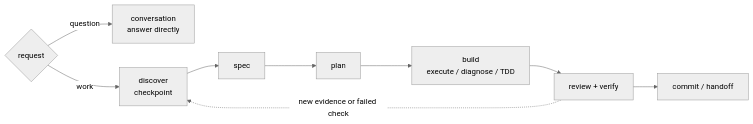
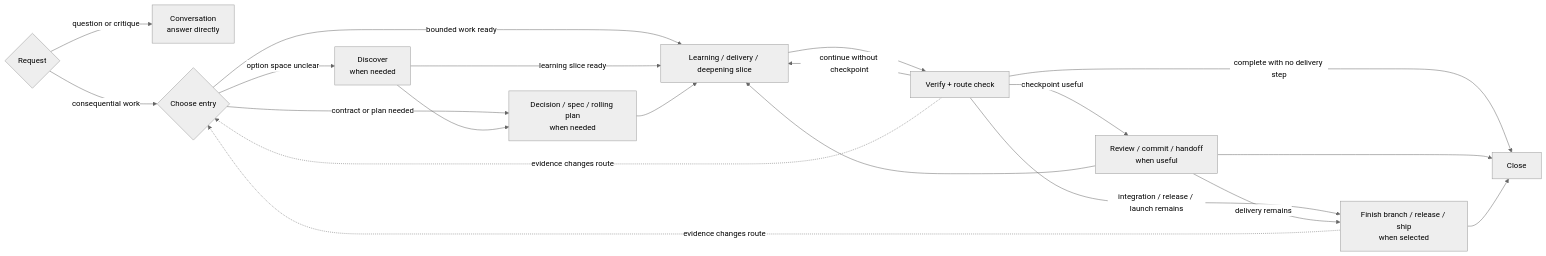
Before and after one commit to hassan-mohiddin/freeflow: the first of 2 diagrams in skills/workflow/references/workflow-map.md, drawn with Mermaid (neutral theme). The commit also changed other lines of this file and 89 other files, not shown here.

````diff
--- a/skills/workflow/references/workflow-map.md
+++ b/skills/workflow/references/workflow-map.md
@@ -11,16 +9,33 @@
 ```mermaid
 flowchart LR
-  Request{request}
-  Talk[conversation<br/>answer directly]
-  Discover[discover<br/>checkpoint]
-  Spec[spec]
-  Plan[plan]
-  Build[build<br/>execute / diagnose / TDD]
-  Check[review + verify]
-  Close[commit / handoff]
+  Request{Request}
+  Talk[Conversation<br/>answer directly]
+  Entry{Choose entry}
+  Discover[Discover<br/>when needed]
+  Durable[Decision / spec / rolling plan<br/>when needed]
+  Slice[Learning / delivery / deepening slice]
+  Verify[Verify + route check]
+  Formal[Review / commit / handoff<br/>when useful]
+  Delivery[Finish branch / release / ship<br/>when selected]
+  Done[Close]
 
-  Request -->|question| Talk
-  Request -->|work| Discover
-  Discover --> Spec --> Plan --> Build --> Check --> Close
-  Check -. new evidence or failed check .-> Discover
+  Request -->|question or critique| Talk
+  Request -->|consequential work| Entry
+  Entry -->|option space unclear| Discover
+  Entry -->|contract or plan needed| Durable
+  Entry -->|bounded work ready| Slice
+  Discover --> Durable
+  Discover -->|learning slice ready| Slice
+  Durable --> Slice
+  Slice --> Verify
+  Verify -->|continue without checkpoint| Slice
+  Verify -->|checkpoint useful| Formal
+  Verify -->|complete with no delivery step| Done
+  Verify -->|integration / release / launch remains| Delivery
+  Formal --> Slice
+  Formal -->|delivery remains| Delivery
+  Formal --> Done
+  Delivery --> Done
+  Verify -. evidence changes route .-> Entry
+  Delivery -. evidence changes route .-> Entry
 ```
````
